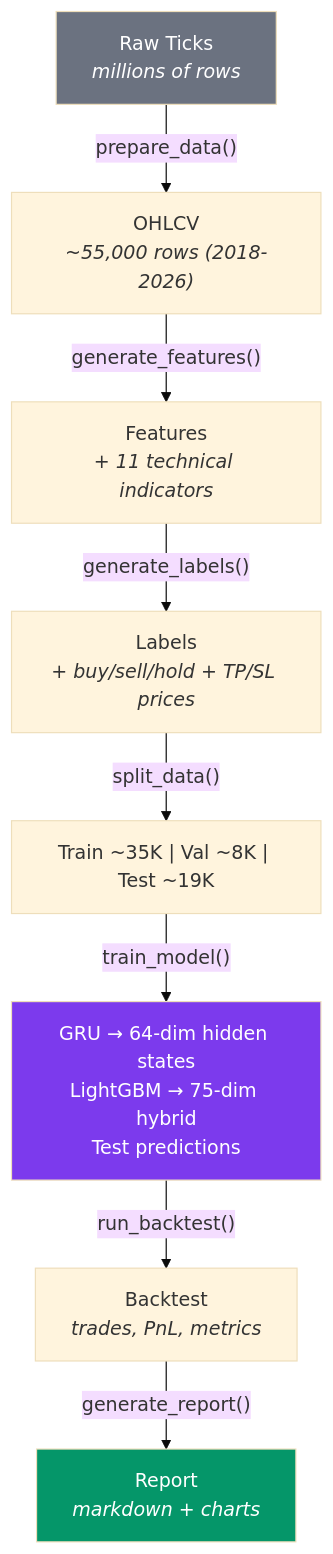
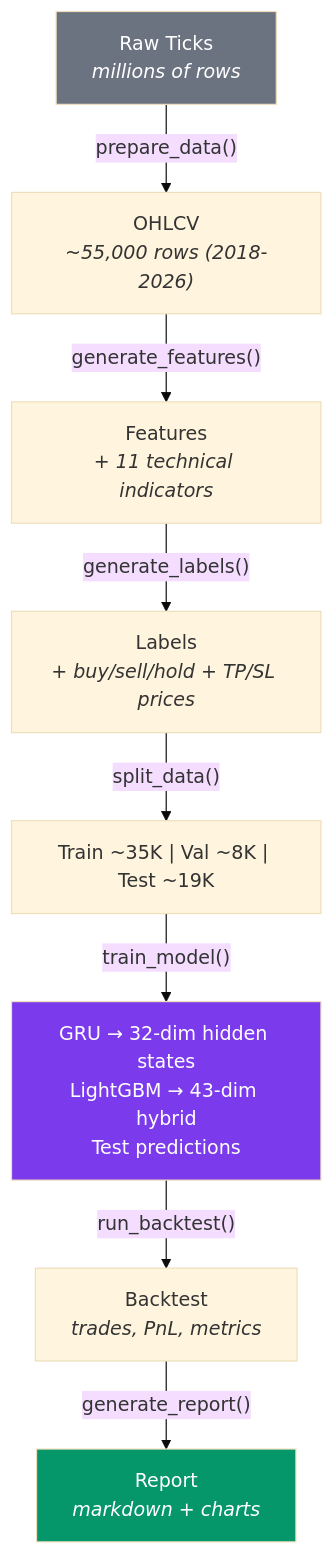
The fifth of 7 diagrams in docs/ARCHITECTURE.md (ultimateBroK/thesis-hybrid-stacking), drawn with Mermaid (base theme) before and after one commit. The commit also changed other lines of this file and 25 other files, not shown here.

````diff
--- a/docs/ARCHITECTURE.md
+++ b/docs/ARCHITECTURE.md
@@ -234,14 +234,14 @@
 ```mermaid
 flowchart TD
     T0["Raw Ticks<br/><i>millions of rows</i>"] -->|"prepare_data()"| T1["OHLCV<br/><i>~55,000 rows (2018-2026)</i>"]
     T1 -->|"generate_features()"| T2["Features<br/><i>+ 11 technical indicators</i>"]
     T2 -->|"generate_labels()"| T3["Labels<br/><i>+ buy/sell/hold + TP/SL prices</i>"]
     T3 -->|"split_data()"| T4["Train ~35K | Val ~8K | Test ~19K"]
-    T4 -->|"train_model()"| T5["GRU → 64-dim hidden states<br/>LightGBM → 75-dim hybrid<br/>Test predictions"]
+    T4 -->|"train_model()"| T5["GRU → 32-dim hidden states<br/>LightGBM → 43-dim hybrid<br/>Test predictions"]
     T5 -->|"run_backtest()"| T6["Backtest<br/><i>trades, PnL, metrics</i>"]
     T6 -->|"generate_report()"| T7["Report<br/><i>markdown + charts</i>"]
 
     style T0 fill:#6B7280,color:#fff
     style T5 fill:#7C3AED,color:#fff
     style T7 fill:#059669,color:#fff
 ```
````
